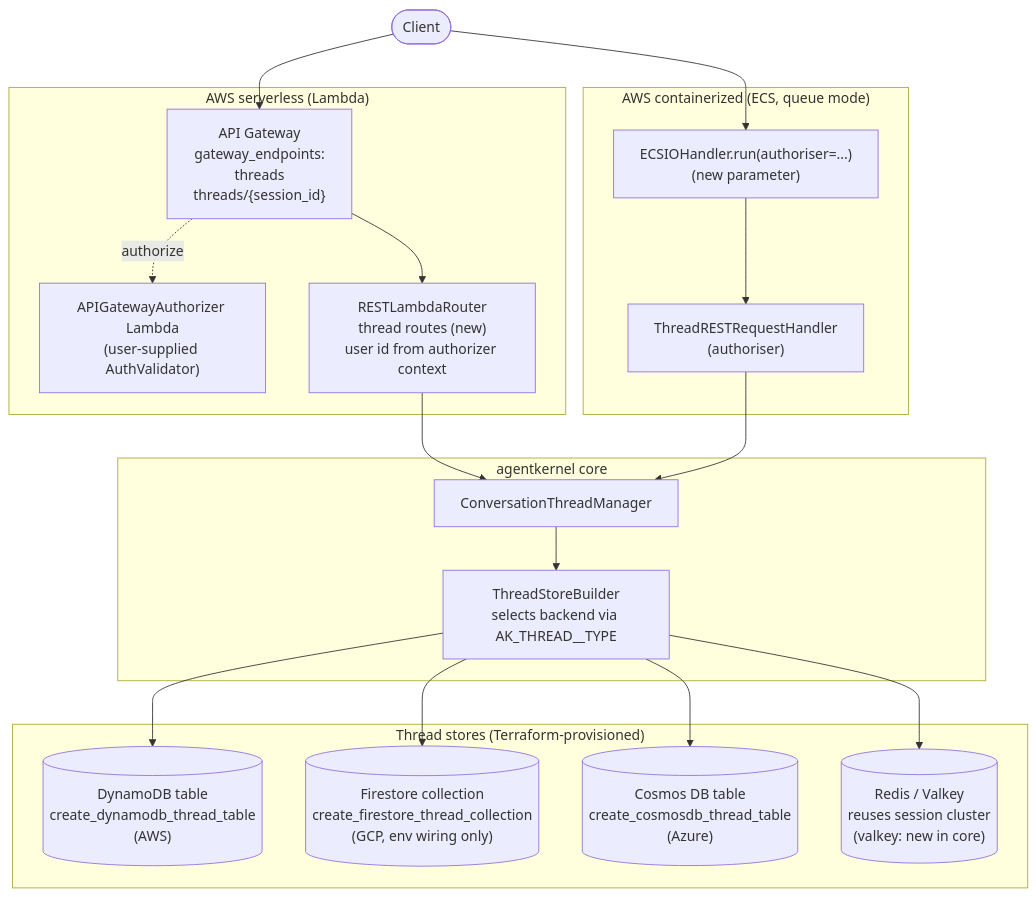
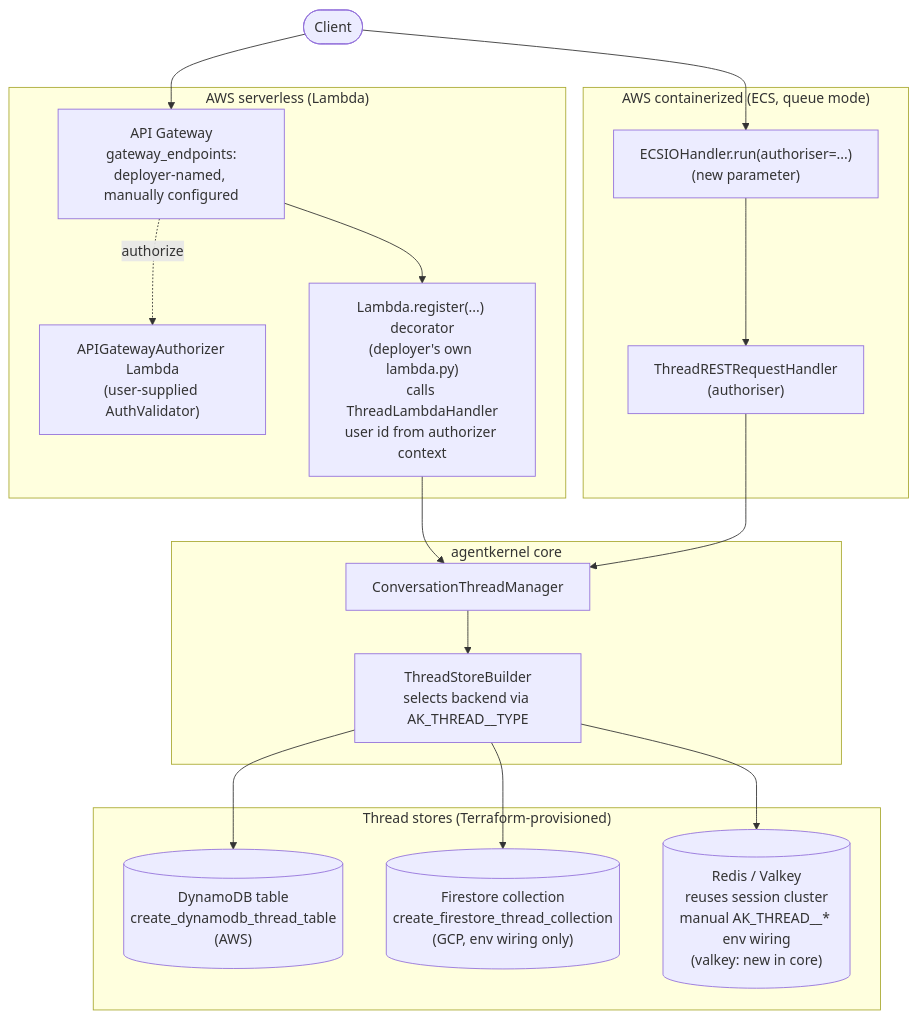
Before and after one commit to yaalalabs/agent-kernel: the diagram in docs/specs/527-thread-deployment-authoriser/design.md, drawn with Mermaid. The commit also changed other lines of this file and 2 other files, not shown here.

````diff
--- a/docs/specs/527-thread-deployment-authoriser/design.md
+++ b/docs/specs/527-thread-deployment-authoriser/design.md
@@ -42,40 +44,38 @@
 ```mermaid
 flowchart TB
     Client([Client])
 
     subgraph sls["AWS serverless (Lambda)"]
-        APIGW["API Gateway<br/>gateway_endpoints:<br/>threads<br/>threads/{session_id}"]
+        APIGW["API Gateway<br/>gateway_endpoints:<br/>deployer-named, manually configured"]
         AuthL["APIGatewayAuthorizer Lambda<br/>(user-supplied AuthValidator)"]
-        AppL["RESTLambdaRouter<br/>thread routes (new)<br/>user id from authorizer context"]
+        AppL["Lambda.register(...) decorator<br/>(deployer's own lambda.py)<br/>calls ThreadLambdaHandler<br/>user id from authorizer context"]
         APIGW -.->|"authorize"| AuthL
         APIGW --> AppL
     end
 
     subgraph ecs["AWS containerized (ECS, queue mode)"]
         IOH["ECSIOHandler.run(authoriser=...)<br/>(new parameter)"]
         TRH["ThreadRESTRequestHandler<br/>(authoriser)"]
         IOH --> TRH
     end
 
     subgraph core["agentkernel core"]
         CTM["ConversationThreadManager"]
         TSB["ThreadStoreBuilder<br/>selects backend via AK_THREAD__TYPE"]
         CTM --> TSB
     end
 
     subgraph stores["Thread stores (Terraform-provisioned)"]
         DDB[("DynamoDB table<br/>create_dynamodb_thread_table<br/>(AWS)")]
         FS[("Firestore collection<br/>create_firestore_thread_collection<br/>(GCP, env wiring only)")]
-        COS[("Cosmos DB table<br/>create_cosmosdb_thread_table<br/>(Azure)")]
-        RV[("Redis / Valkey<br/>reuses session cluster<br/>(valkey: new in core)")]
+        RV[("Redis / Valkey<br/>reuses session cluster<br/>manual AK_THREAD__* env wiring<br/>(valkey: new in core)")]
     end
 
     Client --> APIGW
     Client --> IOH
     AppL --> CTM
     TRH --> CTM
     TSB --> DDB
     TSB --> FS
-    TSB --> COS
     TSB --> RV
 ```
````
